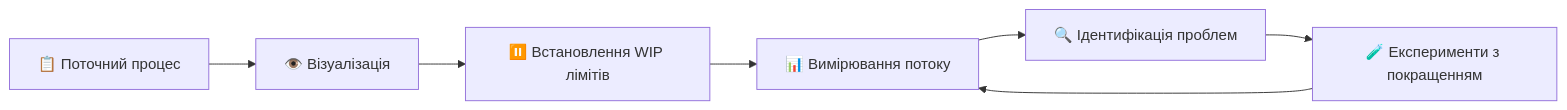
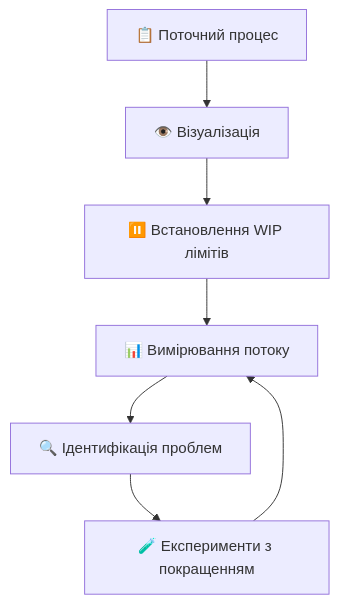
Before and after one commit to olroi421/course-opi: the sixth of 7 diagrams in docs/presentations/presentation-06.md, drawn with Mermaid. The commit also changed other lines of this file, not shown here.

````diff
--- a/docs/presentations/presentation-06.md
+++ b/docs/presentations/presentation-06.md
@@ -269,9 +270,9 @@
 ```mermaid
-graph LR
+graph TD
     A[📋 Поточний процес] --> B[👁️ Візуалізація]
     B --> C[⏸️ Встановлення WIP лімітів]
     C --> D[📊 Вимірювання потоку]
     D --> E[🔍 Ідентифікація проблем]
     E --> F[🧪 Експерименти з покращенням]
     F --> D
 ```
````
